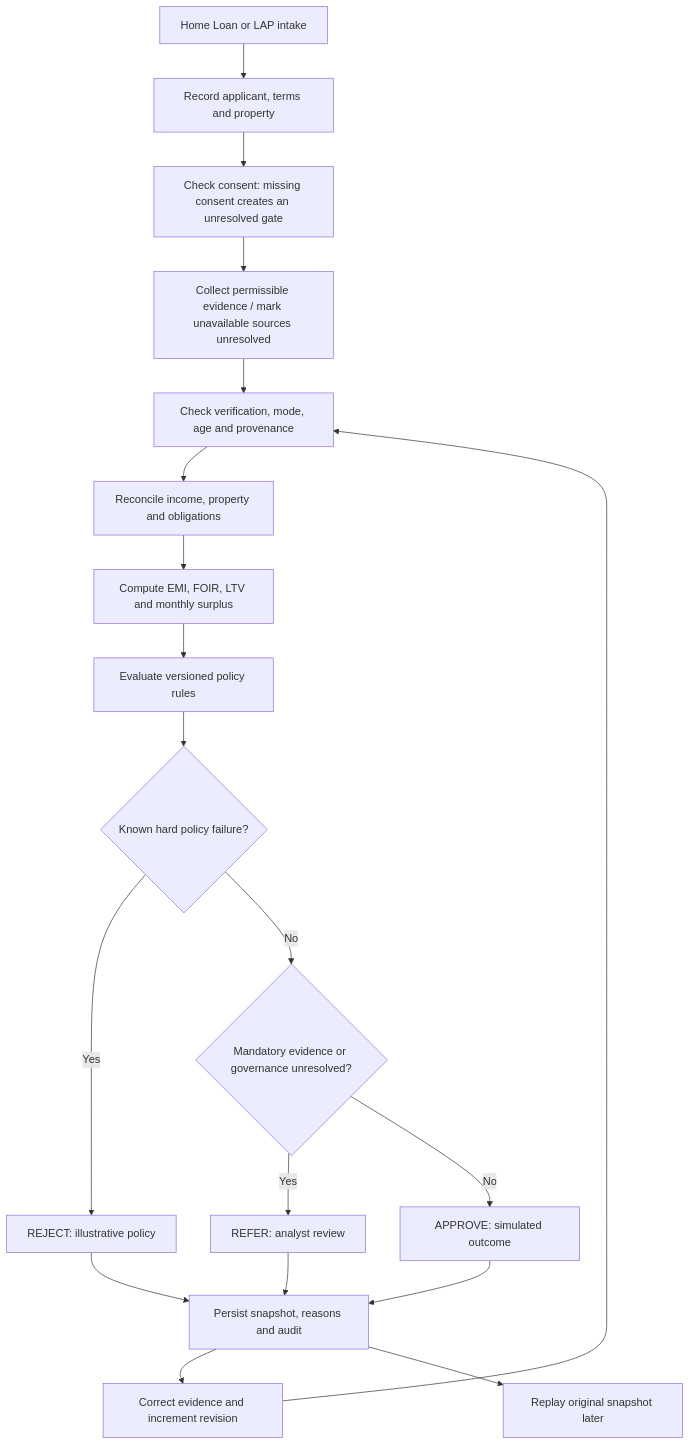
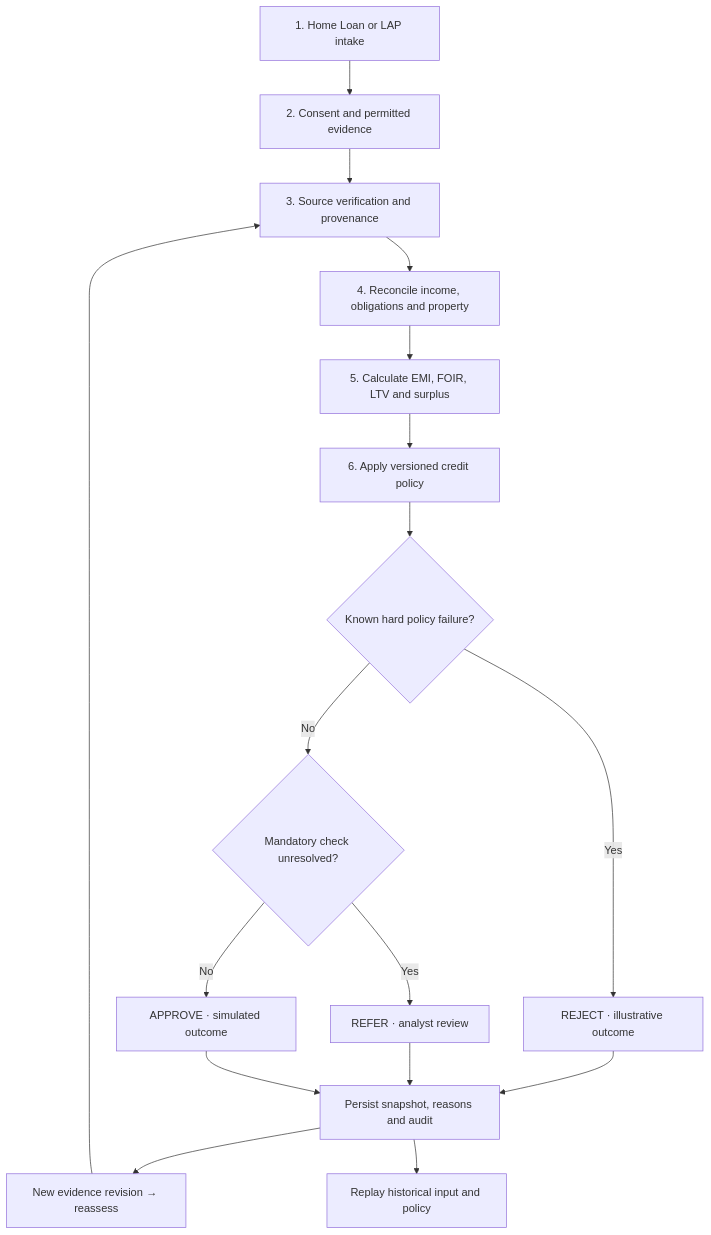
One commit to pushkkal0201-bit/AadharShila changed the first of 6 diagrams in README.md. Above: the diagram before and after it, drawn with Mermaid. The commit also changed other lines of this file, not shown here.

Commit message:
docs: repair Mermaid workflows and improve visual hackathon README navigation

````diff
--- a/README.md
+++ b/README.md
@@ -146,21 +208,19 @@
 ```mermaid
 flowchart TD
-    A[Home Loan or LAP intake] --> B[Record applicant, terms and property]
-    B --> C[Check consent: missing consent creates an unresolved gate]
-    C --> D[Collect permissible evidence / mark unavailable sources unresolved]
-    D --> E[Check verification, mode, age and provenance]
-    E --> F[Reconcile income, property and obligations]
-    F --> G[Compute EMI, FOIR, LTV and monthly surplus]
-    G --> H[Evaluate versioned policy rules]
-    H --> J{Known hard policy failure?}
-    J -->|Yes| X[REJECT: illustrative policy]
-    J -->|No| K{Mandatory evidence or governance unresolved?}
-    K -->|Yes| R2[REFER: analyst review]
-    K -->|No| P[APPROVE: simulated outcome]
-    R2 --> S[Persist snapshot, reasons and audit]
-    X --> S
-    P --> S
-    S --> T[Correct evidence and increment revision]
-    T --> E
-    S --> U[Replay original snapshot later]
+    Intake["1. Home Loan or LAP intake"] --> Consent["2. Consent and permitted evidence"]
+    Consent --> Trust["3. Source verification and provenance"]
+    Trust --> Reconcile["4. Reconcile income, obligations and property"]
+    Reconcile --> Finance["5. Calculate EMI, FOIR, LTV and surplus"]
+    Finance --> Policy["6. Apply versioned credit policy"]
+    Policy --> Fail{"Known hard policy failure?"}
+    Fail -->|Yes| Reject["REJECT · illustrative outcome"]
+    Fail -->|No| Missing{"Mandatory check unresolved?"}
+    Missing -->|Yes| Refer["REFER · analyst review"]
+    Missing -->|No| Approve["APPROVE · simulated outcome"]
+    Reject --> Snapshot["Persist snapshot, reasons and audit"]
+    Refer --> Snapshot
+    Approve --> Snapshot
+    Snapshot --> Revise["New evidence revision → reassess"]
+    Revise --> Trust
+    Snapshot --> Replay["Replay historical input and policy"]
 ```
````
